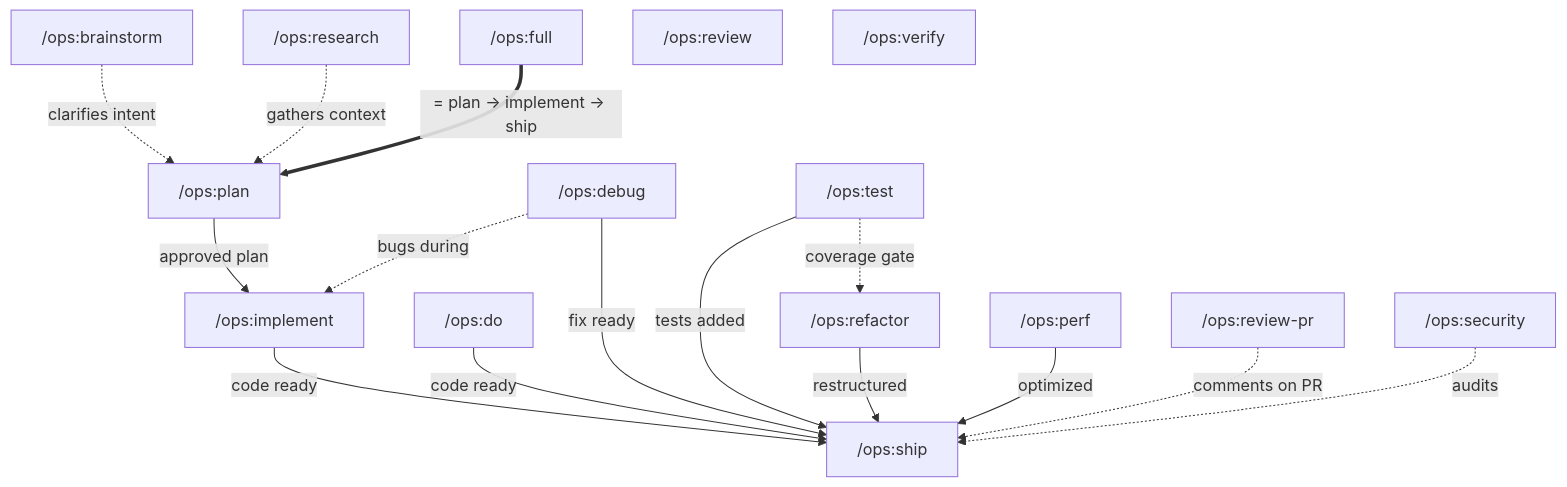
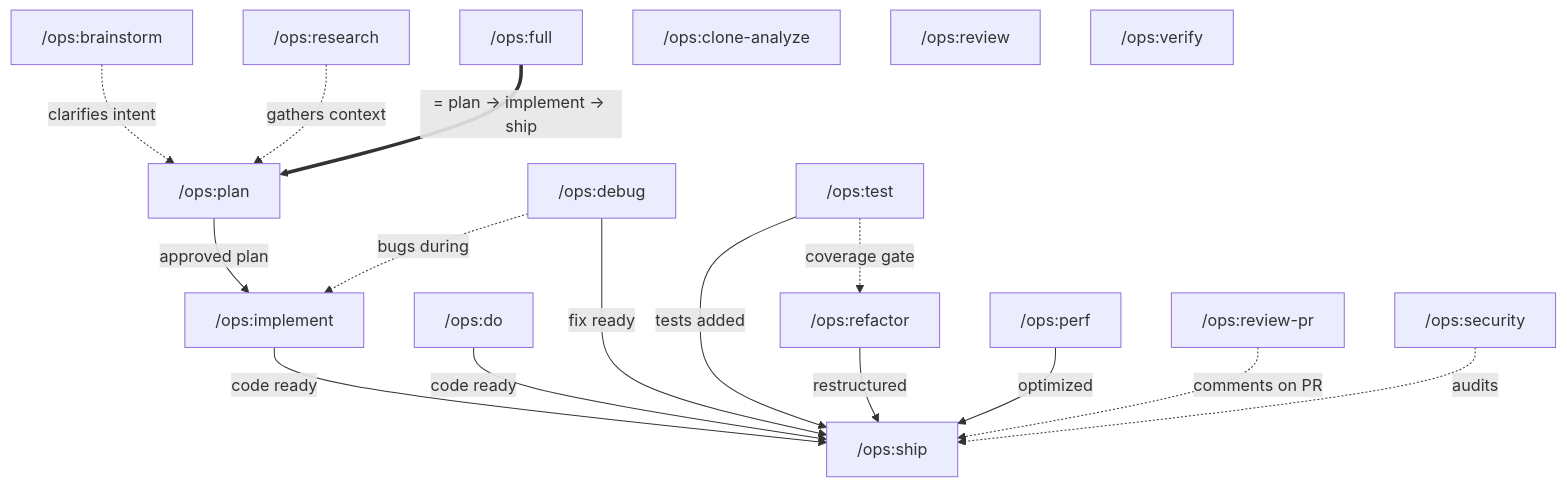
The diagram in README.md (gigi206/ops), drawn with Mermaid before and after one commit. The commit also changed other lines of this file and 9 other files, not shown here.

First line of the commit message:
feat: v2.1.0 — researcher-repo agent, /ops:clone-analyze skill, conditional repo cloning in /ops:research

````diff
--- a/README.md
+++ b/README.md
@@ -36,36 +37,37 @@
 ```mermaid
 flowchart TD
     %% Pre-work
     brainstorm["/ops:brainstorm"] -.->|clarifies intent| plan
     research["/ops:research"] -.->|gathers context| plan
 
     %% Main pipeline
     plan["/ops:plan"] -->|approved plan| implement["/ops:implement"]
     implement -->|code ready| ship["/ops:ship"]
 
     %% Full chains the main pipeline
     full["/ops:full"] ==>|"= plan → implement → ship"| plan
 
     %% Lightweight alternative
     do["/ops:do"] -->|code ready| ship
 
     %% Bug fixing
     debug["/ops:debug"] -->|fix ready| ship
     debug -.->|bugs during| implement
 
     %% Testing & refactoring
     test["/ops:test"] -->|tests added| ship
     test -.->|coverage gate| refactor
     refactor["/ops:refactor"] -->|restructured| ship
 
     %% Performance
     perf["/ops:perf"] -->|optimized| ship
 
     %% Reviews & audits
     review-pr["/ops:review-pr"] -.->|comments on PR| ship
     security["/ops:security"] -.->|audits| ship
 
-    %% Always active (no edges — behavioral)
+    %% Always active or standalone (no edges — behavioral or independent)
+    clone-analyze["/ops:clone-analyze"]
     review["/ops:review"]
     verify["/ops:verify"]
 ```
````
